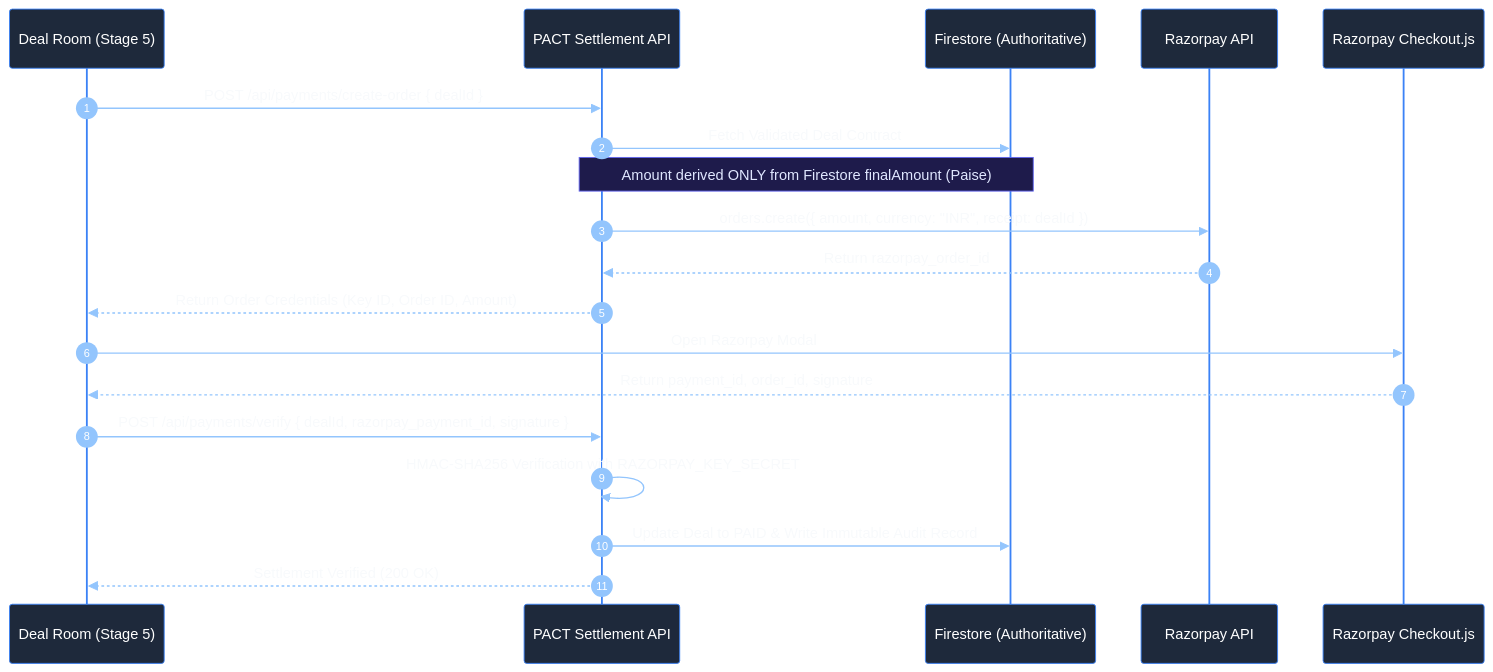
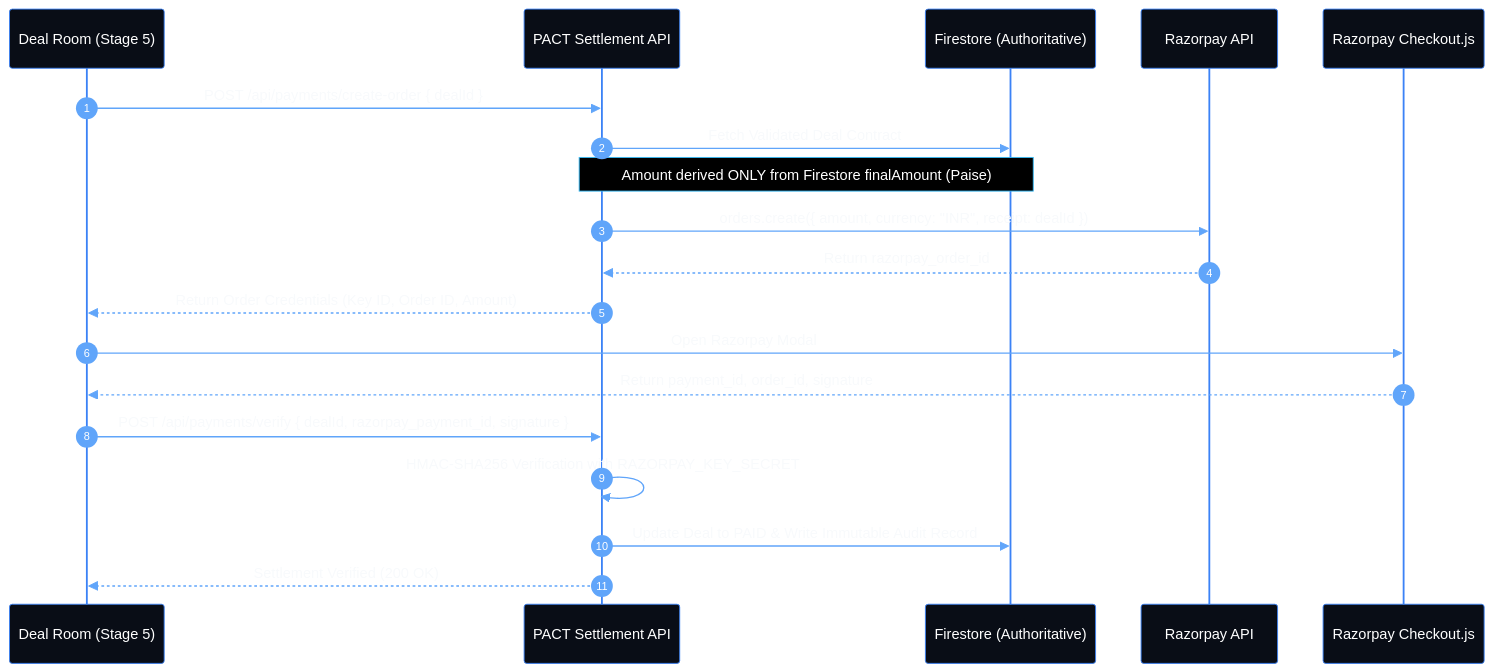
The second of 2 diagrams in README.md (sushanth-arun/PACT-razorpay-buildathon), drawn with Mermaid before and after one commit. The commit also changed other lines of this file, not shown here.

Commit message:
docs: align flowchart arrows cleanly and style sequence diagram note box to black with white text

````diff
--- a/README.md
+++ b/README.md
@@ -95,23 +112,23 @@
 ```mermaid
-%%{init: {'theme': 'base', 'themeVariables': { 'actorBkg': '#1e293b', 'actorBorder': '#3b82f6', 'actorTextColor': '#ffffff', 'signalColor': '#93c5fd', 'signalTextColor': '#f8fafc', 'noteBkgColor': '#1e1b4b', 'noteTextColor': '#e0e7ff', 'noteBorderColor': '#6366f1', 'activationBorderColor': '#3b82f6', 'activationBkgColor': '#1e293b', 'sequenceNumberColor': '#ffffff' }}}%%
+%%{init: {'theme': 'base', 'themeVariables': { 'actorBkg': '#090d16', 'actorBorder': '#3b82f6', 'actorTextColor': '#ffffff', 'signalColor': '#60a5fa', 'signalTextColor': '#f8fafc', 'noteBkgColor': '#000000', 'noteTextColor': '#ffffff', 'noteBorderColor': '#38bdf8', 'activationBorderColor': '#3b82f6', 'activationBkgColor': '#1e293b', 'sequenceNumberColor': '#ffffff' }}}%%
 sequenceDiagram
     autonumber
     participant UI as Deal Room (Stage 5)
     participant Server as PACT Settlement API
     participant DB as Firestore (Authoritative)
     participant RZP as Razorpay API
     participant SDK as Razorpay Checkout.js
 
     UI->>Server: POST /api/payments/create-order { dealId }
     Server->>DB: Fetch Validated Deal Contract
     Note over Server,DB: Amount derived ONLY from Firestore finalAmount (Paise)
     Server->>RZP: orders.create({ amount, currency: "INR", receipt: dealId })
     RZP-->>Server: Return razorpay_order_id
     Server-->>UI: Return Order Credentials (Key ID, Order ID, Amount)
     UI->>SDK: Open Razorpay Modal
     SDK-->>UI: Return payment_id, order_id, signature
     UI->>Server: POST /api/payments/verify { dealId, razorpay_payment_id, signature }
     Server->>Server: HMAC-SHA256 Verification with RAZORPAY_KEY_SECRET
     Server->>DB: Update Deal to PAID & Write Immutable Audit Record
     Server-->>UI: Settlement Verified (200 OK)
 ```
````
